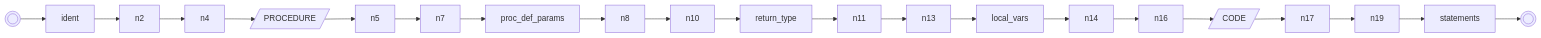
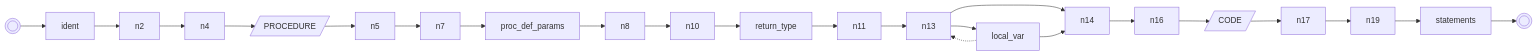
One commit to dg1an3/ALGT changed the sixth of 12 diagrams in clarion_simulators/unified/clarion_railroad.md. Above: the diagram before and after it, drawn with Mermaid. The commit also changed other lines of this file and 2 other files, not shown here.

Commit message:
feat: Enhance Mermaid diagram generation with star, comma_list, and comma_attrs support

````diff
--- a/clarion_simulators/unified/clarion_railroad.md
+++ b/clarion_simulators/unified/clarion_railroad.md
@@ -200,25 +210,27 @@
 ```mermaid
 flowchart LR
     n0(((" ")))
     n1(((" ")))
     n12["return_type"]
-    n15["local_vars"]
+    n15["local_var"]
     n18[/"CODE"/]
     n20["statements"]
     n3["ident"]
     n6[/"PROCEDURE"/]
     n9["proc_def_params"]
     n0 --> n3 --> n2
     n10 --> n12 --> n11
     n11 --> n13
+    n13 --> n14
     n13 --> n15 --> n14
     n14 --> n16
+    n15 -.-> n13
     n16 --> n18 --> n17
     n17 --> n19
     n19 --> n20 --> n1
     n2 --> n4
     n4 --> n6 --> n5
     n5 --> n7
     n7 --> n9 --> n8
     n8 --> n10
 ```
````
